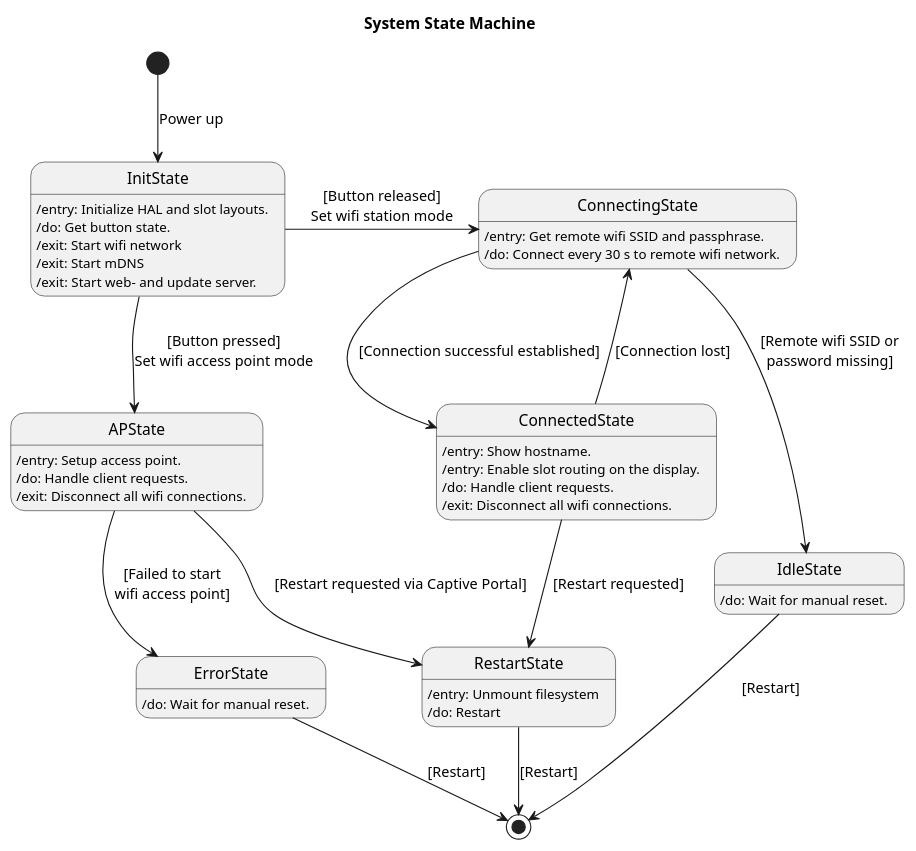
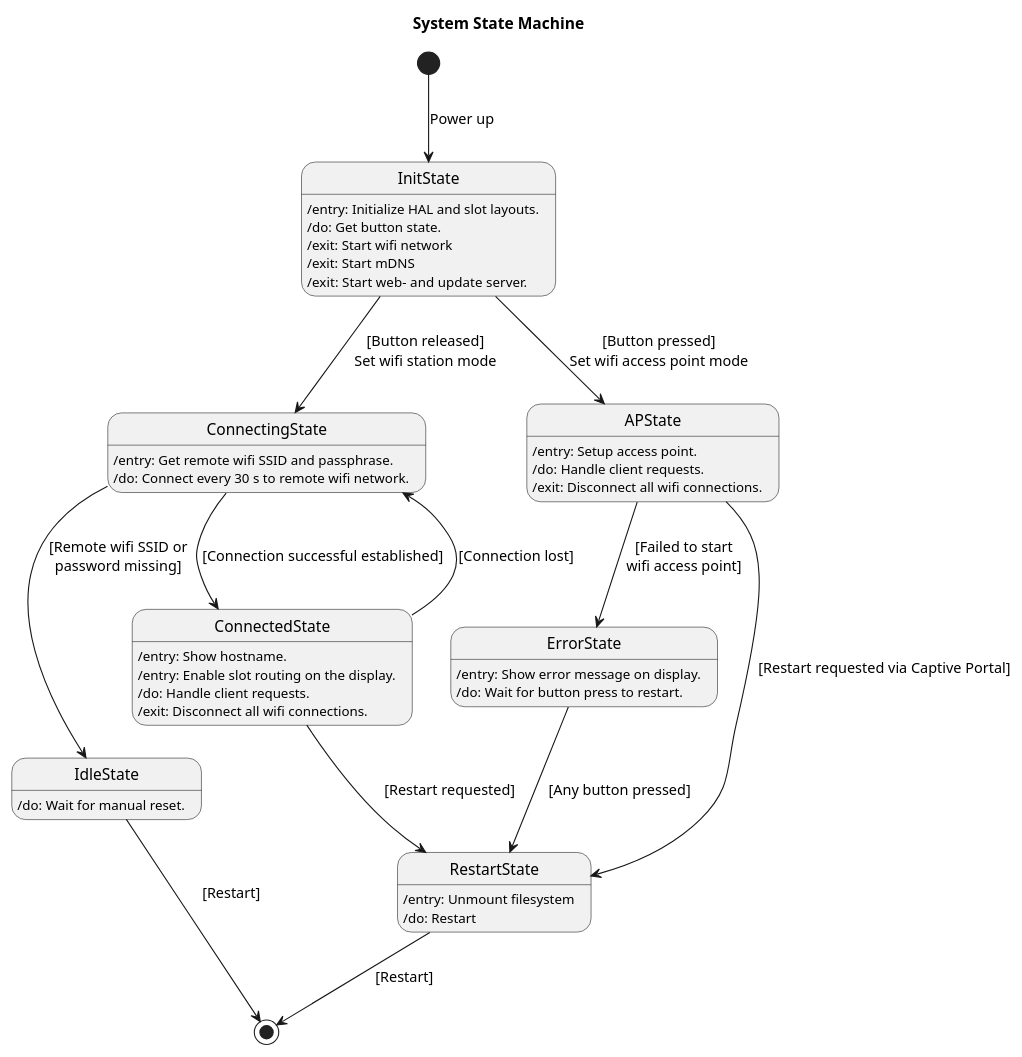
The diagram in doc/architecture/uml/system_state_machine.wsd (manmuqingshan/Pixelix), drawn with PlantUML before and after one commit. The commit also changed 12 other files, not shown here.

Commit message:
If at startup a error happens, the low level error code is shown. If the user press a button, Pixelix will jump to the PixelixUpdater. #252

```diff
--- a/doc/architecture/uml/system_state_machine.wsd
+++ b/doc/architecture/uml/system_state_machine.wsd
@@ -1,49 +1,50 @@
 @startuml system_state_machine
 
 title System State Machine
 
 InitState: /entry: Initialize HAL and slot layouts.
 InitState: /do: Get button state.
 InitState: /exit: Start wifi network
 InitState: /exit: Start mDNS
 InitState: /exit: Start web- and update server.
 
 APState: /entry: Setup access point.
 APState: /do: Handle client requests.
 APState: /exit: Disconnect all wifi connections.
 
 IdleState: /do: Wait for manual reset.
 
 ConnectingState: /entry: Get remote wifi SSID and passphrase.
 ConnectingState: /do: Connect every 30 s to remote wifi network.
 
 ConnectedState: /entry: Show hostname.
 ConnectedState: /entry: Enable slot routing on the display.
 ConnectedState: /do: Handle client requests.
 ConnectedState: /exit: Disconnect all wifi connections.
 
-ErrorState: /do: Wait for manual reset.
+ErrorState: /entry: Show error message on display.
+ErrorState: /do: Wait for button press to restart.
 
 RestartState: /entry: Unmount filesystem
 RestartState: /do: Restart
 
 [*] --> InitState: Power up
 InitState --> APState: [Button pressed]\nSet wifi access point mode
 InitState -> ConnectingState: [Button released]\nSet wifi station mode
 
 APState --> ErrorState: [Failed to start\nwifi access point]
 APState --> RestartState: [Restart requested via Captive Portal]
 
 ConnectingState --> IdleState: [Remote wifi SSID or\npassword missing]
 ConnectingState --> ConnectedState: [Connection successful established]
 
 ConnectedState --> ConnectingState: [Connection lost]
 ConnectedState --> RestartState: [Restart requested]
 
-ErrorState --> [*]: [Restart]
+ErrorState --> RestartState: [Any button pressed]
 
 IdleState --> [*]: [Restart]
 
 RestartState --> [*]: [Restart]
 
 @enduml
```
